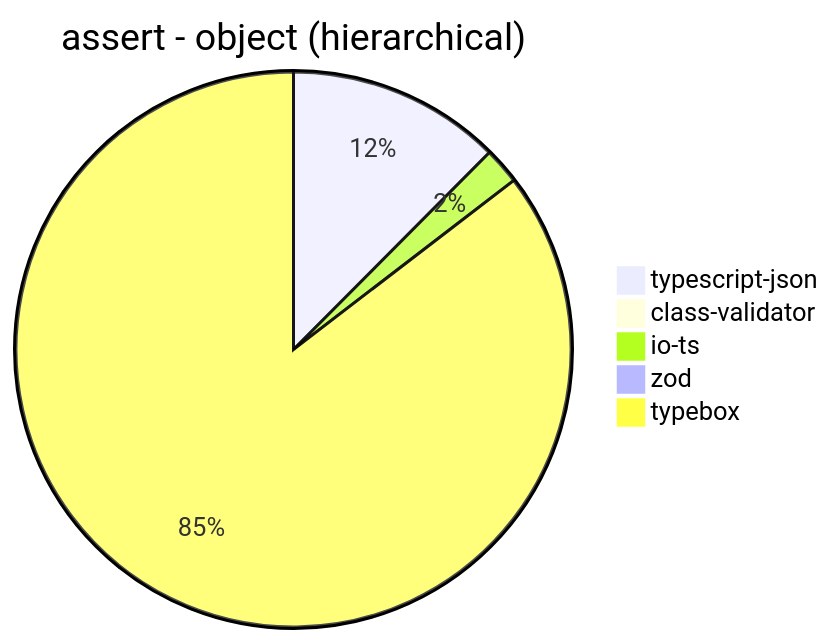
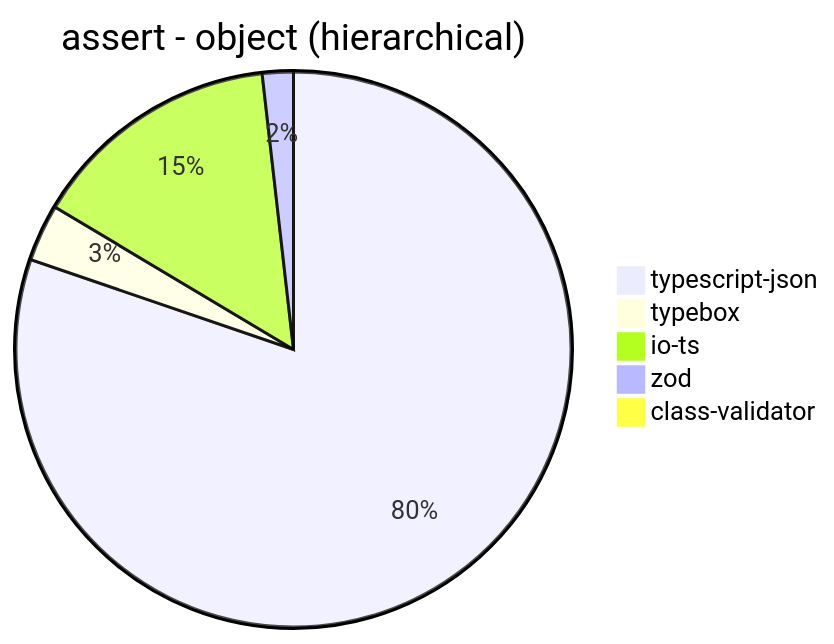
Before and after one commit to samchon/typia: the ninth of 39 diagrams in benchmark/results/AMD Ryzen 7 3700X 8-Core Processor.md, drawn with Mermaid. The commit also changed other lines of this file and 10 other files, not shown here.

````diff
--- a/benchmark/results/AMD Ryzen 7 3700X 8-Core Processor.md
+++ b/benchmark/results/AMD Ryzen 7 3700X 8-Core Processor.md
@@ -126,8 +134,8 @@
 ```mermaid
 pie title assert - object (hierarchical)
-  "typescript-json": 15806.161745827983
-  "class-validator": 52.18356772760918
-  "io-ts": 2700.422716412424
-  "zod": 351.7719857491093
-  "typebox": 108401.20097579283
+  "typescript-json": 14842.287379348025
+  "typebox": 615.2446789157723
+  "io-ts": 2705.0582241630273
+  "zod": 333.7708606787924
+  "class-validator": 50.47494878003353
 ```
````
